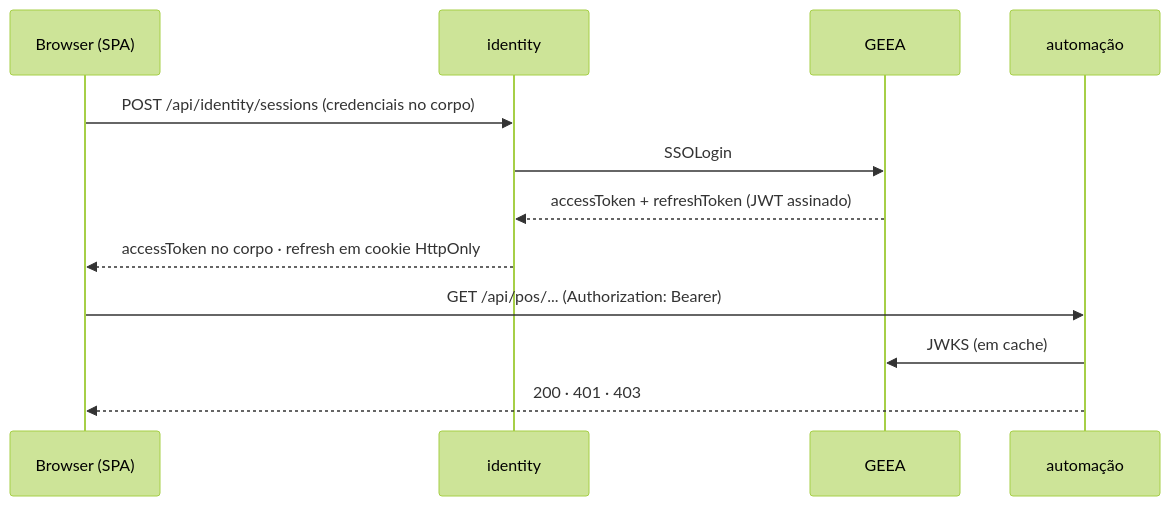
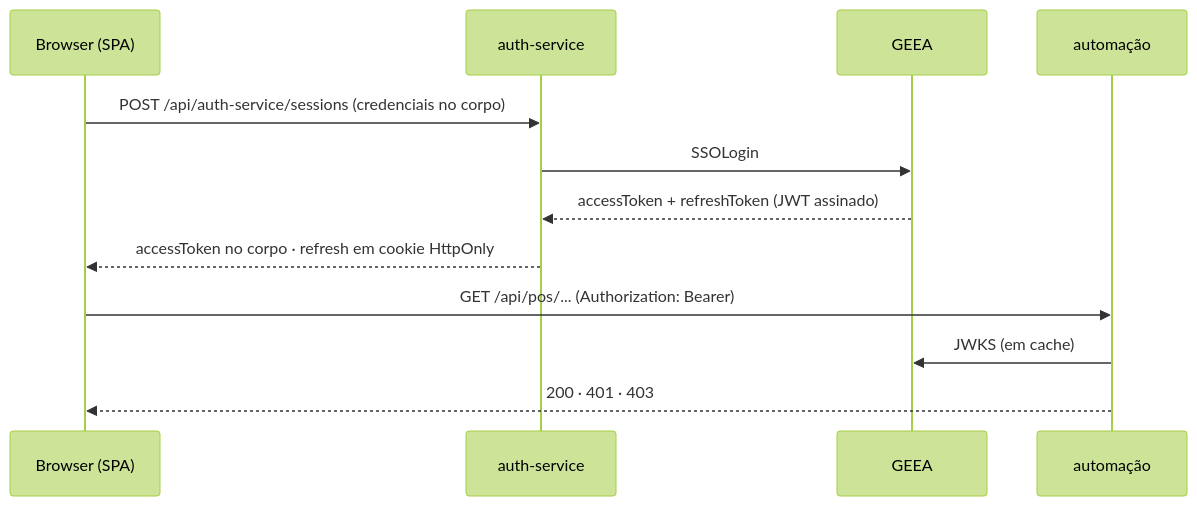
One commit to DaltonChivambo/ops changed the second of 2 diagrams in ARCHITECTURE.md. Above: the diagram before and after it, drawn with Mermaid (forest theme). The commit also changed other lines of this file and 49 other files, not shown here.

First line of the commit message:
refactor: o serviço `identity` passa a `auth-service`

````diff
--- a/ARCHITECTURE.md
+++ b/ARCHITECTURE.md
@@ -184,15 +184,15 @@
 ```mermaid
 sequenceDiagram
     participant B as Browser (SPA)
-    participant I as identity
+    participant I as auth-service
     participant G as GEEA
     participant A as automação
 
-    B->>I: POST /api/identity/sessions (credenciais no corpo)
+    B->>I: POST /api/auth-service/sessions (credenciais no corpo)
     I->>G: SSOLogin
     G-->>I: accessToken + refreshToken (JWT assinado)
     I-->>B: accessToken no corpo · refresh em cookie HttpOnly
     B->>A: GET /api/pos/... (Authorization: Bearer)
     A->>G: JWKS (em cache)
     A-->>B: 200 · 401 · 403
 ```
````
